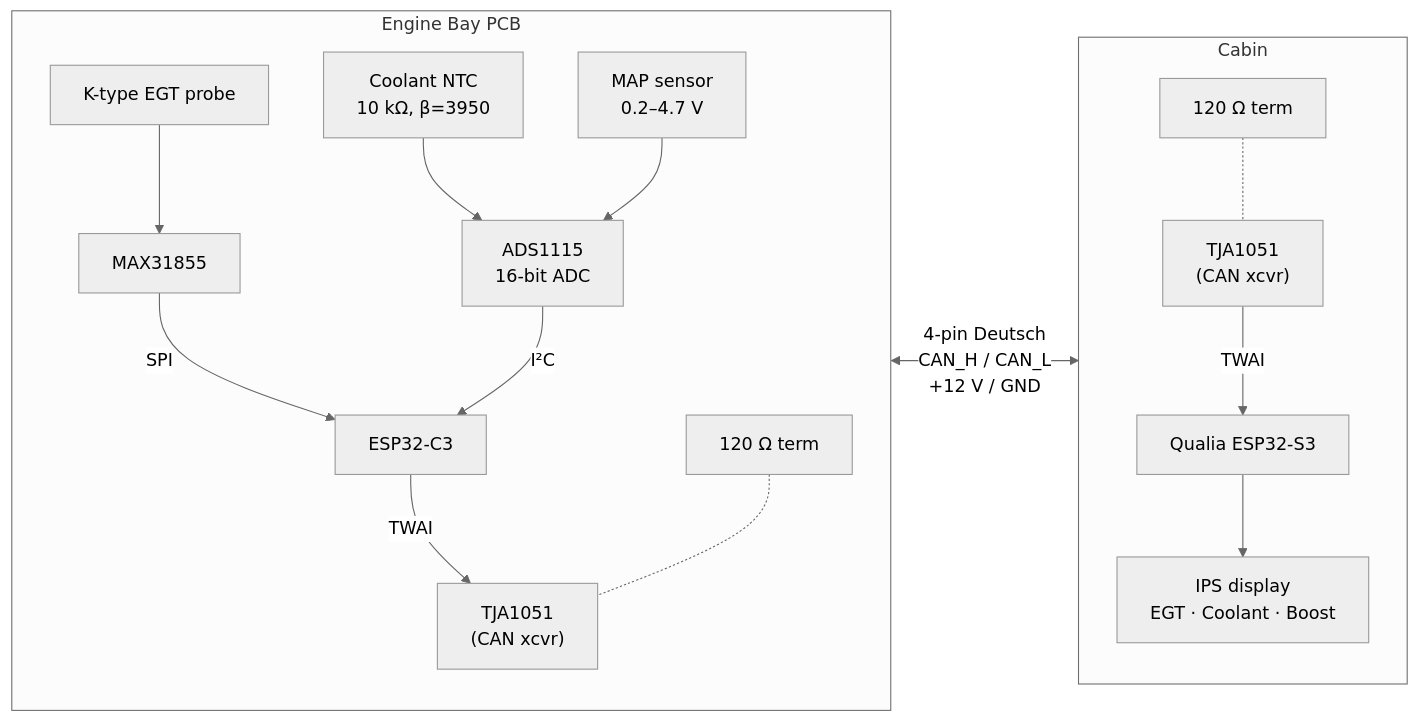
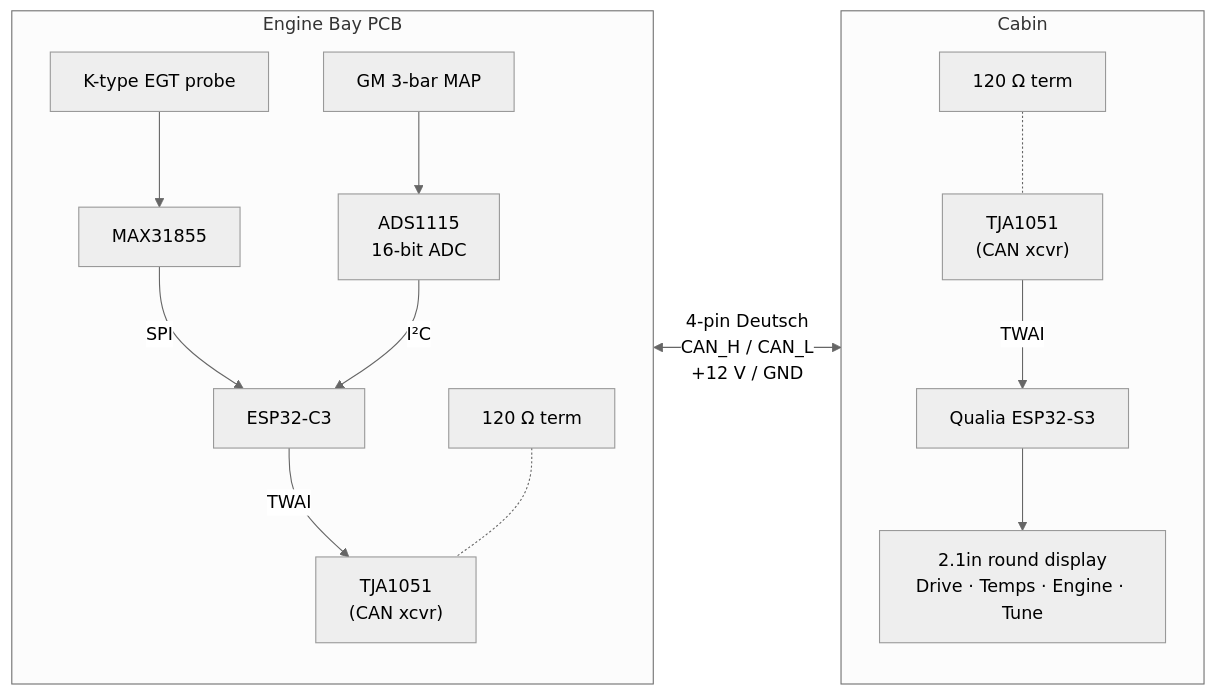
The first of 2 diagrams in README.md (connorwhite-online/junkr-obd), drawn with Mermaid (neutral theme) before and after one commit. The commit also changed other lines of this file and 47 other files, not shown here.

First line of the commit message:
Firmware: round gauge on the Qualia, 3-bar MAP node, full CAN protocol

````diff
--- a/README.md
+++ b/README.md
@@ -21,20 +29,19 @@
 ```mermaid
 flowchart LR
     subgraph EB["Engine Bay PCB"]
         direction TB
         S1["K-type EGT probe"] --> M1["MAX31855"]
-        S2["Coolant NTC<br/>10 kΩ, β=3950"] --> A1["ADS1115<br/>16-bit ADC"]
-        S3["MAP sensor<br/>0.2–4.7 V"] --> A1
+        S3["GM 3-bar MAP"] --> A1["ADS1115<br/>16-bit ADC"]
         M1 -- "SPI" --> C3["ESP32-C3"]
         A1 -- "I²C" --> C3
         C3 -- "TWAI" --> X1["TJA1051<br/>(CAN xcvr)"]
         T1["120 Ω term"] -.- X1
     end
     subgraph CB["Cabin"]
         direction TB
         X2["TJA1051<br/>(CAN xcvr)"] -- "TWAI" --> Q["Qualia ESP32-S3"]
         T2["120 Ω term"] -.- X2
-        Q --> D["IPS display<br/>EGT · Coolant · Boost"]
+        Q --> D["2.1in round display<br/>Drive · Temps · Engine · Tune"]
     end
     X1 <-->|"4-pin Deutsch<br/>CAN_H / CAN_L<br/>+12 V / GND"| X2
 ```
````
